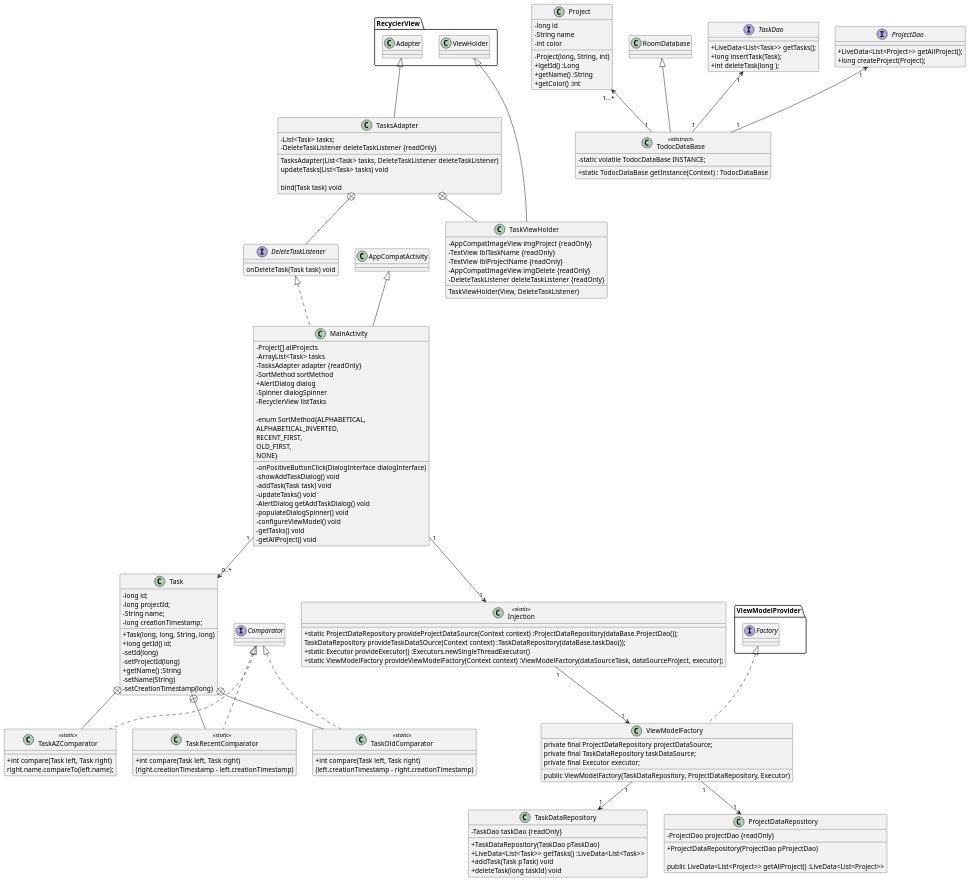
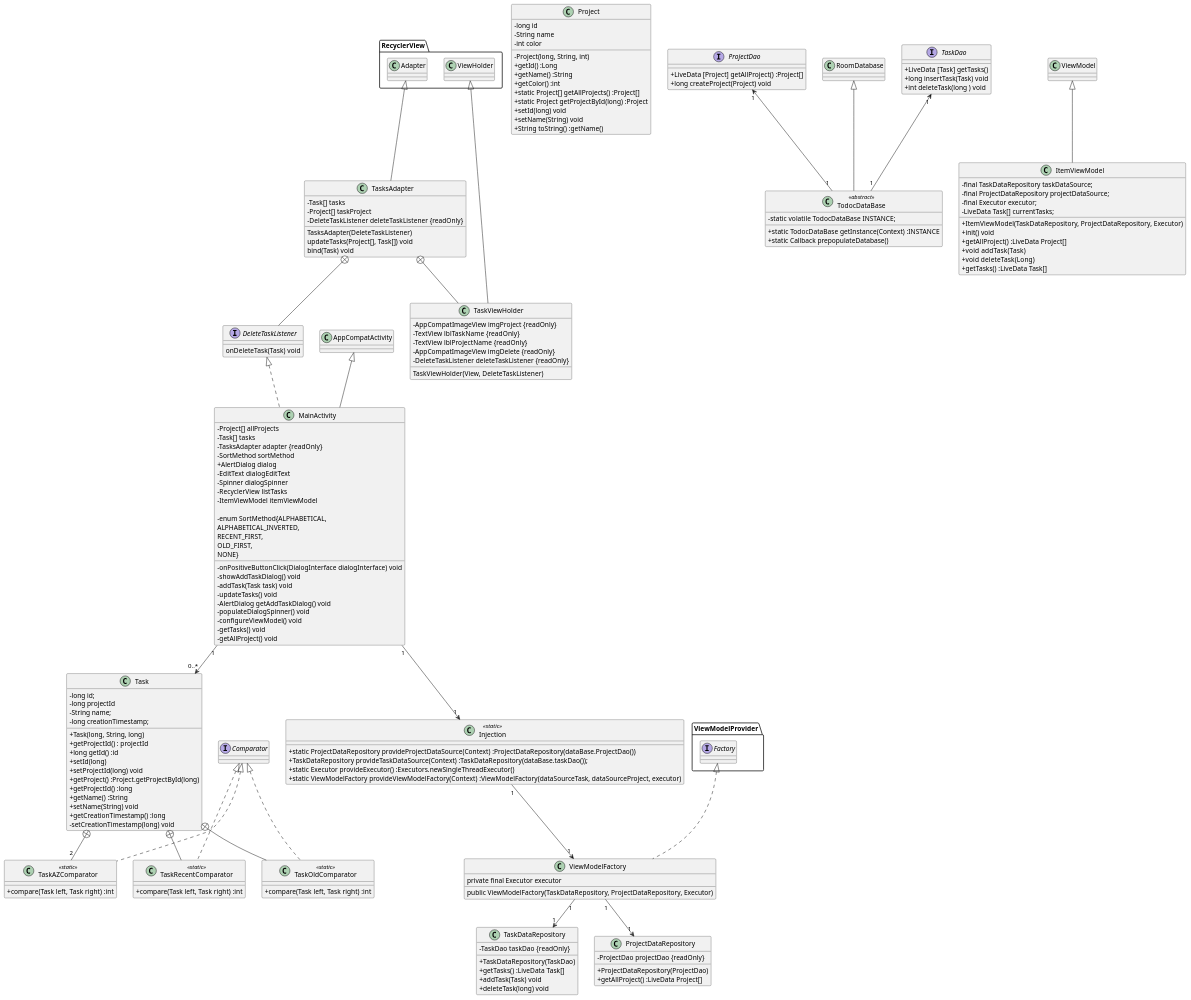
The diagram in app/Class_diagram.puml (rGreenData/todoc-master-), drawn with PlantUML before and after one commit. The commit also changed 7 other files, not shown here.

Commit message:
resumption of class diagram design

```diff
--- a/app/Class_diagram.puml
+++ b/app/Class_diagram.puml
@@ -1,162 +1,180 @@
 @startuml
 skinparam classAttributeIconSize 0
 
 class MainActivity extends AppCompatActivity implements DeleteTaskListener {
 
     - Project[] allProjects
-    - ArrayList<Task> tasks
+    - Task[] tasks
     - TasksAdapter adapter {readOnly}
     - SortMethod sortMethod
     + AlertDialog dialog
+    - EditText dialogEditText
     - Spinner dialogSpinner
     - RecyclerView listTasks
+    - ItemViewModel itemViewModel
 
-    - onPositiveButtonClick(DialogInterface dialogInterface)
+    - onPositiveButtonClick(DialogInterface dialogInterface) void
     - showAddTaskDialog() void
     - addTask(Task task) void
     - updateTasks() void
     - AlertDialog getAddTaskDialog() void
     - populateDialogSpinner() void
     - enum SortMethod{ALPHABETICAL,
                               ALPHABETICAL_INVERTED,
                               RECENT_FIRST,
                               OLD_FIRST,
                               NONE}
     - configureViewModel() void
     - getTasks() void
     - getAllProject() void
 }
 MainActivity "1" -down-> "0..*" Task
 MainActivity "1" -down-> "1" Injection
 
 class Task {
     - long id;
-    - long projectId;
+    - long projectId
     - String name;
     - long creationTimestamp;
 
-    + Task(long, long, String, long)
-    + long getId() id;
-    - setId(long)
-    - setProjectId(long)
+    + Task(long, String, long)
+    + getProjectId() : projectId
+    + long getId() :id
+    + setId(long)
+    + setProjectId(long) void
+    + getProject() :Project.getProjectById(long)
+    + getProjectId() :long
     + getName() :String
-    - setName(String)
-    - setCreationTimestamp(long)
+    + setName(String) void
+    + getCreationTimestamp() :long
+    - setCreationTimestamp(long) void
 }
 
- class TaskAZComparator <<static>> implements Comparator {
-        + int compare(Task left, Task right)
-        right.name.compareTo(left.name);
+Task  +-- "2" TaskAZComparator
+Task +-- TaskRecentComparator
+Task +-d- TaskOldComparator
 
+
+class TaskAZComparator <<static>> implements Comparator {
+        + compare(Task left, Task right) :int
     }
 
 class TaskRecentComparator <<static>> implements Comparator {
-        + int compare(Task left, Task right)
-           (right.creationTimestamp - left.creationTimestamp)
-
+        + compare(Task left, Task right) :int
     }
 
  class TaskOldComparator <<static>> implements Comparator{
-        + int compare(Task left, Task right)
-            (left.creationTimestamp - right.creationTimestamp)
-
+        + compare(Task left, Task right) :int
     }
 
 class Project {
     -long id
     -String name
     -int color
 
     -Project(long, String, int)
-    +lgetId() :Long
+    +getId() :Long
     +getName() :String
     +getColor() :int
+    +static Project[] getAllProjects() :Project[]
+    +static Project getProjectById(long) :Project
+    +setId(long) void
+    +setName(String) void
+    +String toString() :getName()
     }
 
 class TasksAdapter extends RecyclerView.Adapter{
-    -List<Task> tasks;
+    -Task[] tasks
+    -Project[] taskProject
     -DeleteTaskListener deleteTaskListener {readOnly}
-    TasksAdapter(List<Task> tasks, DeleteTaskListener deleteTaskListener)
-    updateTasks(List<Task> tasks) void
-
-    bind(Task task) void
+    TasksAdapter(DeleteTaskListener)
+    updateTasks(Project[], Task[]) void
+    bind(Task) void
 }
 
 interface DeleteTaskListener{
-onDeleteTask(Task task) void
+onDeleteTask(Task) void
 }
 
 class TaskViewHolder extends RecyclerView.ViewHolder {
         - AppCompatImageView imgProject {readOnly}
         - TextView lblTaskName {readOnly}
         - TextView lblProjectName {readOnly}
         - AppCompatImageView imgDelete {readOnly}
         - DeleteTaskListener deleteTaskListener {readOnly}
           TaskViewHolder(View, DeleteTaskListener)
     }
 
 class TodocDataBase <<abstract>> extends RoomDatabase {
         -static volatile TodocDataBase INSTANCE;
-        +static TodocDataBase getInstance(Context) : TodocDataBase
+        +static TodocDataBase getInstance(Context) :INSTANCE
+        + static Callback prepopulateDatabase()
     }
 TaskDao "1" <-down- "1" TodocDataBase
 ProjectDao "1" <-down- "1" TodocDataBase
-Project "1...*" <-down- "1" TodocDataBase
+
 
 interface TaskDao {
-    +LiveData<List<Task>> getTasks();
-    +long insertTask(Task);
-    +int deleteTask(long );
+    +LiveData [Task] getTasks()
+    +long insertTask(Task) void
+    +int deleteTask(long ) void
 }
 
 
 interface ProjectDao {
-   +LiveData<List<Project>> getAllProject();
-   +long createProject(Project);
+   +LiveData [Project] getAllProject() :Project[]
+   +long createProject(Project) void
 }
 
 class ViewModelFactory implements ViewModelProvider.Factory {
+    private final Executor executor
+    public ViewModelFactory(TaskDataRepository, ProjectDataRepository, Executor)
+ }
 
-    private final ProjectDataRepository projectDataSource;
-    private final TaskDataRepository taskDataSource;
-    private final Executor executor;
-
-    public ViewModelFactory(TaskDataRepository, ProjectDataRepository, Executor)
-    }
 Injection "1" -down-> "1" ViewModelFactory
 ViewModelFactory "1" -down-> "1" TaskDataRepository
 ViewModelFactory "1" -down-> "1" ProjectDataRepository
 
 class Injection <<static>> {
-+static ProjectDataRepository provideProjectDataSource(Context context) :ProjectDataRepository(dataBase.ProjectDao());
-TaskDataRepository provideTaskDataSOurce(Context context) :TaskDataRepository(dataBase.taskDao());
++static ProjectDataRepository provideProjectDataSource(Context) :ProjectDataRepository(dataBase.ProjectDao())
++TaskDataRepository provideTaskDataSource(Context) :TaskDataRepository(dataBase.taskDao());
 +static Executor provideExecutor() :Executors.newSingleThreadExecutor()
-+static ViewModelFactory provideViewModelFactory(Context context) :ViewModelFactory(dataSourceTask, dataSourceProject, executor);
++static ViewModelFactory provideViewModelFactory(Context) :ViewModelFactory(dataSourceTask, dataSourceProject, executor)
 }
 
 
 class ProjectDataRepository {
     -ProjectDao projectDao {readOnly}
-    +ProjectDataRepository(ProjectDao pProjectDao)
-
-    public LiveData<List<Project>> getAllProject() :LiveData<List<Project>>
-
+    +ProjectDataRepository(ProjectDao)
+    + getAllProject() :LiveData Project[]
 }
 
 
 class TaskDataRepository {
     -TaskDao taskDao {readOnly}
 
-    +TaskDataRepository(TaskDao pTaskDao)
-    +LiveData<List<Task>> getTasks() :LiveData<List<Task>>
-    +addTask(Task pTask) void
-    +deleteTask(long taskId) void
+    +TaskDataRepository(TaskDao)
+    +getTasks() :LiveData Task[]
+    +addTask(Task) void
+    +deleteTask(long) void
 }
+
+class ItemViewModel extends ViewModel {
+    - final TaskDataRepository taskDataSource;
+    - final ProjectDataRepository projectDataSource;
+    - final Executor executor;
+    - LiveData Task[] currentTasks;
+
+    + ItemViewModel(TaskDataRepository, ProjectDataRepository, Executor)
+    + init() void
+    + getAllProject() :LiveData Project[]
+    + void  addTask(Task)
+    + void  deleteTask(Long)
+    +  getTasks() :LiveData Task[]
+}
+
 
 
 TasksAdapter +-- DeleteTaskListener
 TasksAdapter +-- TaskViewHolder
-Task +-- TaskAZComparator
-Task +-- TaskRecentComparator
-Task +-d- TaskOldComparator
 @enduml
```
